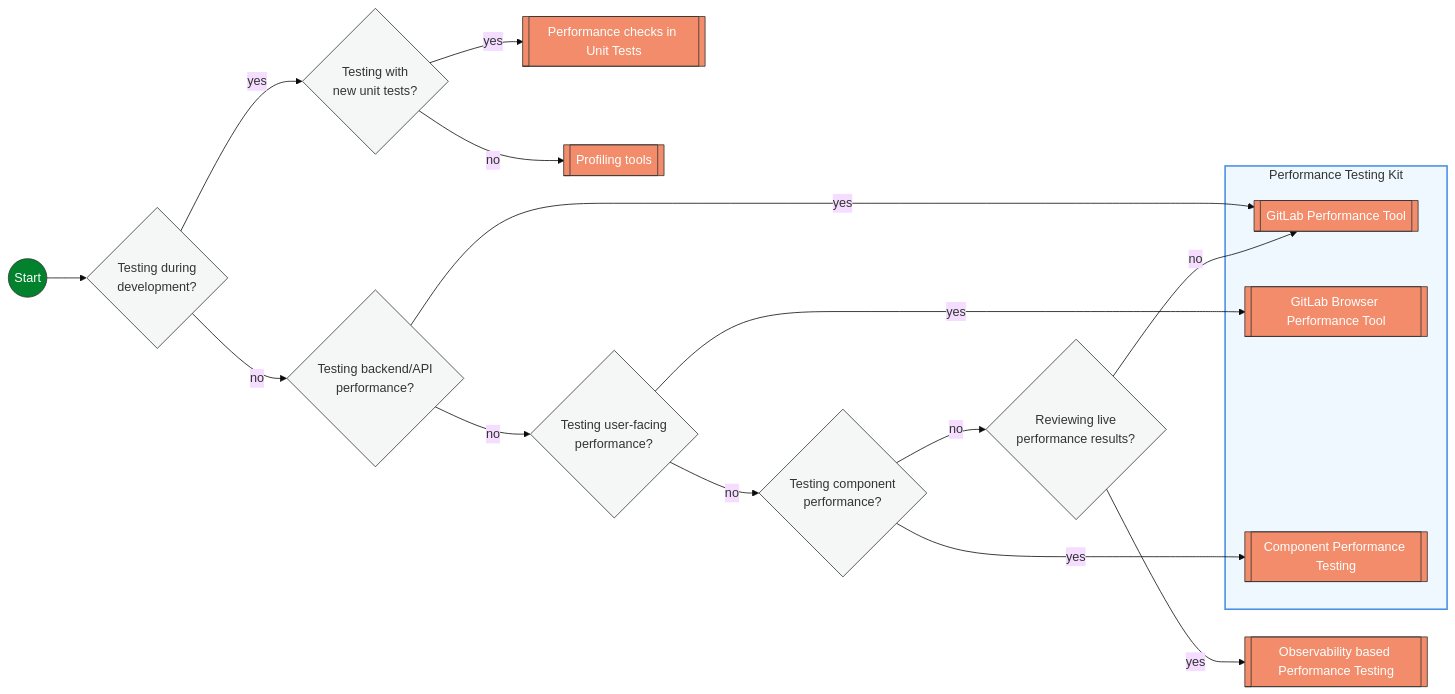
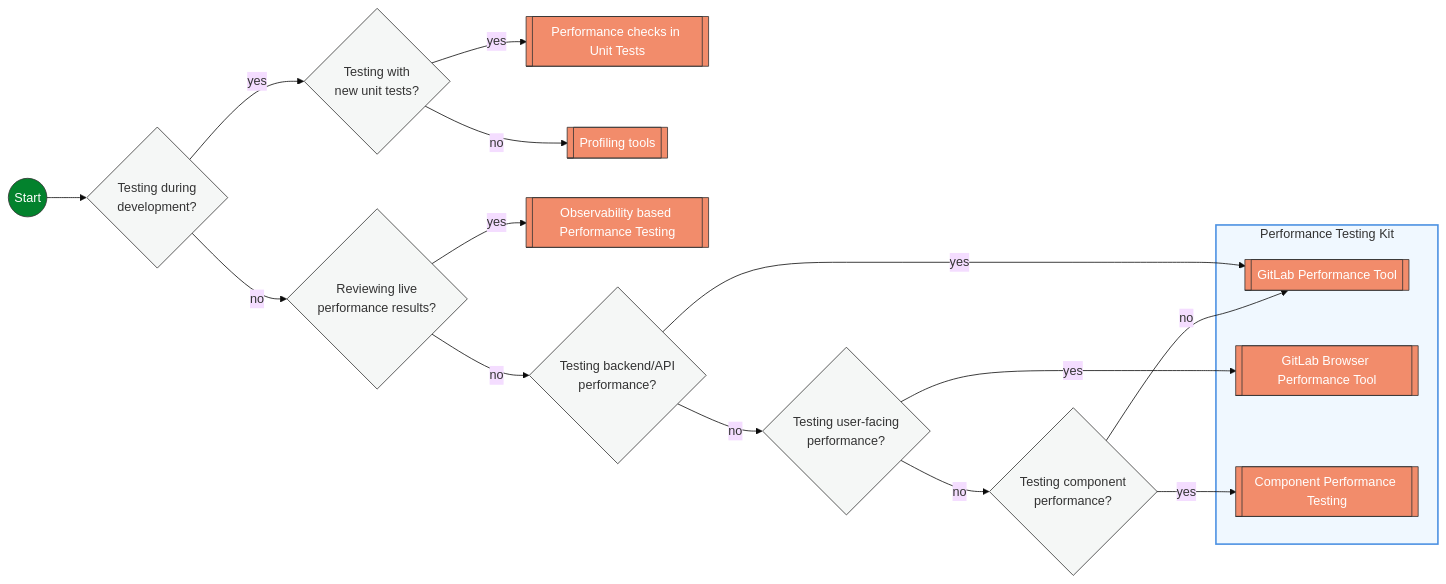
Before and after one commit to zalyoung/gitlab-handbook: the diagram in content/handbook/engineering/testing/performance.md, drawn with Mermaid (base theme).

Commit message:
Changing order of diagram

````diff
--- a/content/handbook/engineering/testing/performance.md
+++ b/content/handbook/engineering/testing/performance.md
@@ -9,66 +9,66 @@
 ```mermaid
 flowchart LR
   subgraph PTK["Performance Testing Kit"]
     GPT[[GitLab Performance Tool]]
     GBPT[[GitLab Browser Performance Tool]]
     CPT[[Component Performance Testing]]
   end
 
   START((Start))
   UNIT[[Performance checks in Unit Tests]]
   PROFILE[[Profiling tools]]
   OBSERVE_TEST[[Observability based Performance Testing]]
 
   SPECS{Testing with\nnew unit tests?}
   BUILT{Testing during\ndevelopment?}
   UI{Testing user-facing\nperformance?}
   ENV{Testing backend/API\nperformance?}
   COMPONENT{Testing component\nperformance?}
   OBSERVABILITY{Reviewing live\nperformance results?}
 
   START --> BUILT
-  BUILT -- no --> ENV
+  BUILT -- no --> OBSERVABILITY
   BUILT -- yes --> SPECS
   SPECS -- yes --> UNIT
   SPECS -- no --> PROFILE
 
   UI -- yes --> GBPT
   UI -- no --> COMPONENT
 
   COMPONENT -- yes --> CPT
-  COMPONENT -- no --> OBSERVABILITY
+  COMPONENT -- no --> GPT
 
   OBSERVABILITY -- yes --> OBSERVE_TEST
-  OBSERVABILITY -- no --> GPT
+  OBSERVABILITY -- no --> ENV
 
   ENV -- yes --> GPT
   ENV -- no --> UI
 
   %% Class definition
   classDef decision fill:#f5f7f6,stroke:#333,stroke-width:1px,rx:5px;
   classDef tool fill:#F28C6B,stroke:#333,stroke-width:1px,color:white,rx:5px;
   classDef start fill:#03822d,stroke:#333,stroke-width:1px,color:white,rx:10px;
   classDef kitStyle fill:#f0f8ff,stroke:#4a90e2,stroke-width:2px,color:#333;
 
   class UI,ENV,BUILT,COMPONENT,SPECS,OBSERVABILITY decision;
   class GBPT,CPT,GPT,PROFILE,UNIT,OBSERVE_TEST tool;
   class START start;
   class PTK kitStyle;
 
   %% Tool tooltips with links
   click GPT "#system-level-load-testing" "GitLab Performance Tool - Load testing for GitLab instances and reference architectures"
   click GBPT "#client-side-performance-testing" "Browser performance testing using SiteSpeed.io to measure user-facing performance"
   click CPT "#component-performance-testing" "Load testing for specific subsystems or components like Gitaly"
   click PROFILE "#profiling-tools" "Ruby profiling tools: ruby-prof, stackprof, memory_profiler, rbspy, and others"
   click OBSERVE_TEST "https://handbook.gitlab.com/handbook/engineering/testing/observability_performance/" "Using existing Observability for Performance"
 
   %% Decision node tooltips
   click BUILT "javascript:void(0)" "Is the code/feature still under active development? Use early-stage performance tools if yes."
   click SPECS "javascript:void(0)" "Are you writing new test specifications or adding performance assertions to existing tests?"
   click UI "javascript:void(0)" "Are you primarily testing user-facing performance like page load times and UI responsiveness?"
   click ENV "javascript:void(0)" "Are you testing server-side performance like API response times, database queries, or system throughput?"
   click COMPONENT "javascript:void(0)" "Are you testing an isolated component or subsystem rather than the full GitLab application?"
 
   %% Unit testing tooltip
   click UNIT "#performance-unit-testing" "Add performance assertions and benchmarks directly within your unit test suite for fast feedback"
 ```
````
